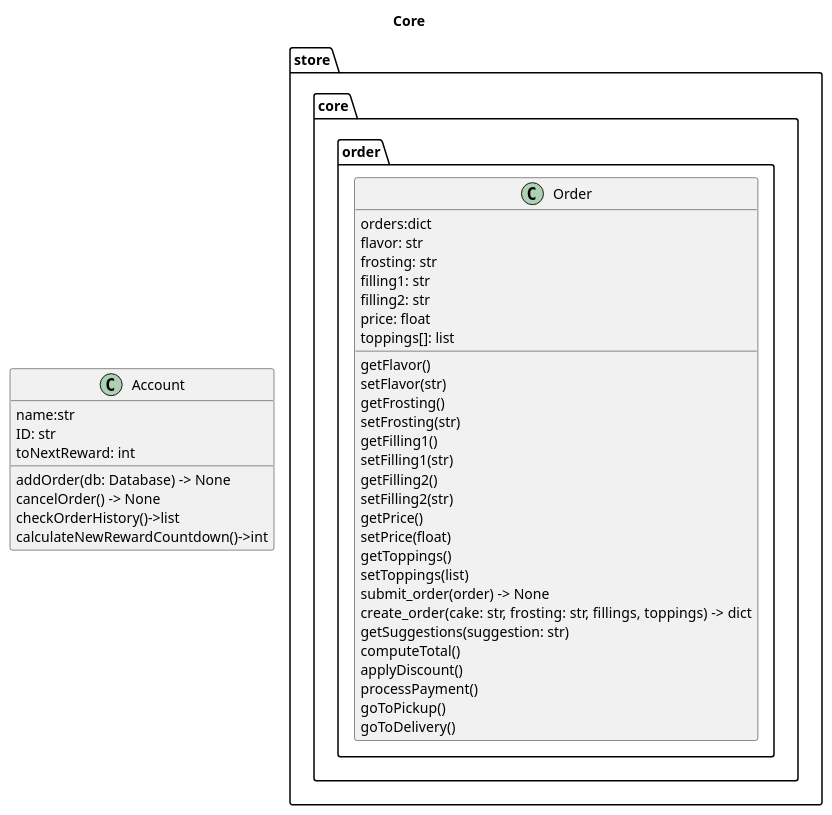
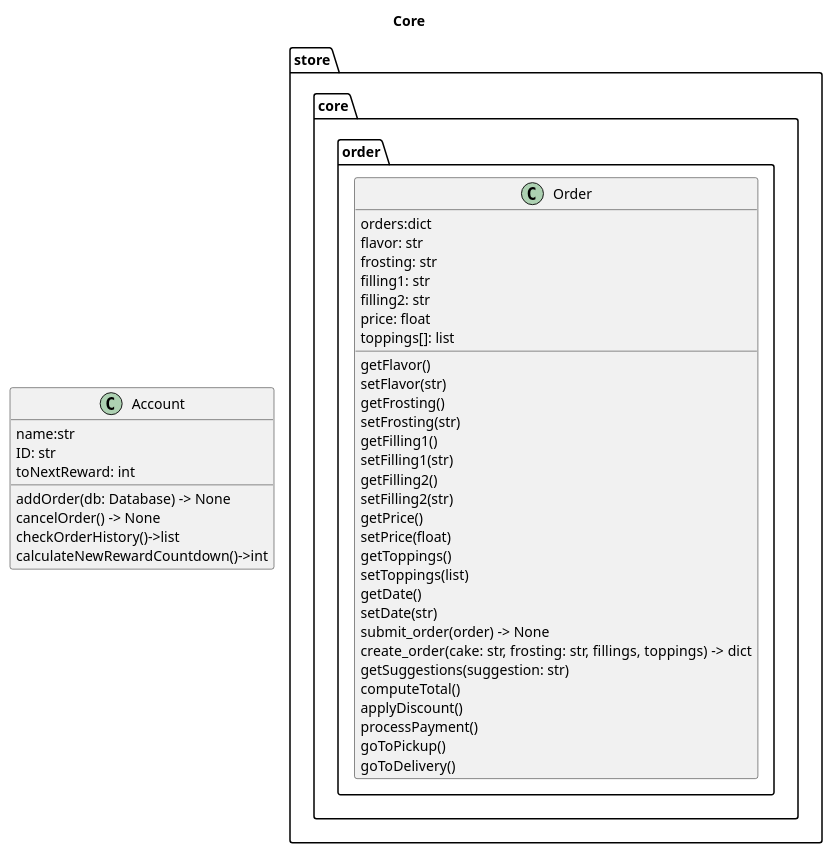
Before and after one commit to mnguye49/finalProject: the diagram in core/class.puml, drawn with PlantUML.

```diff
--- a/core/class.puml
+++ b/core/class.puml
@@ -1,41 +1,43 @@
 @startuml class
 title Core
 class "Order" as store.core.order.Order {
     orders:dict
     flavor: str
     frosting: str
     filling1: str
     filling2: str
     price: float
     toppings[]: list
     getFlavor()
     setFlavor(str)
     getFrosting()
     setFrosting(str)
     getFilling1()
     setFilling1(str)
     getFilling2()
     setFilling2(str)
     getPrice()
     setPrice(float)
     getToppings()
     setToppings(list)
+    getDate()
+    setDate(str)
     submit_order(order) -> None
     create_order(cake: str, frosting: str, fillings, toppings) -> dict
     getSuggestions(suggestion: str)
     computeTotal()
     applyDiscount()
     processPayment()
     goToPickup()
     goToDelivery()
 }
 class Account {
     name:str
     ID: str
     toNextReward: int
     addOrder(db: Database) -> None
     cancelOrder() -> None
     checkOrderHistory()->list
     calculateNewRewardCountdown()->int
 }
 @enduml
```
